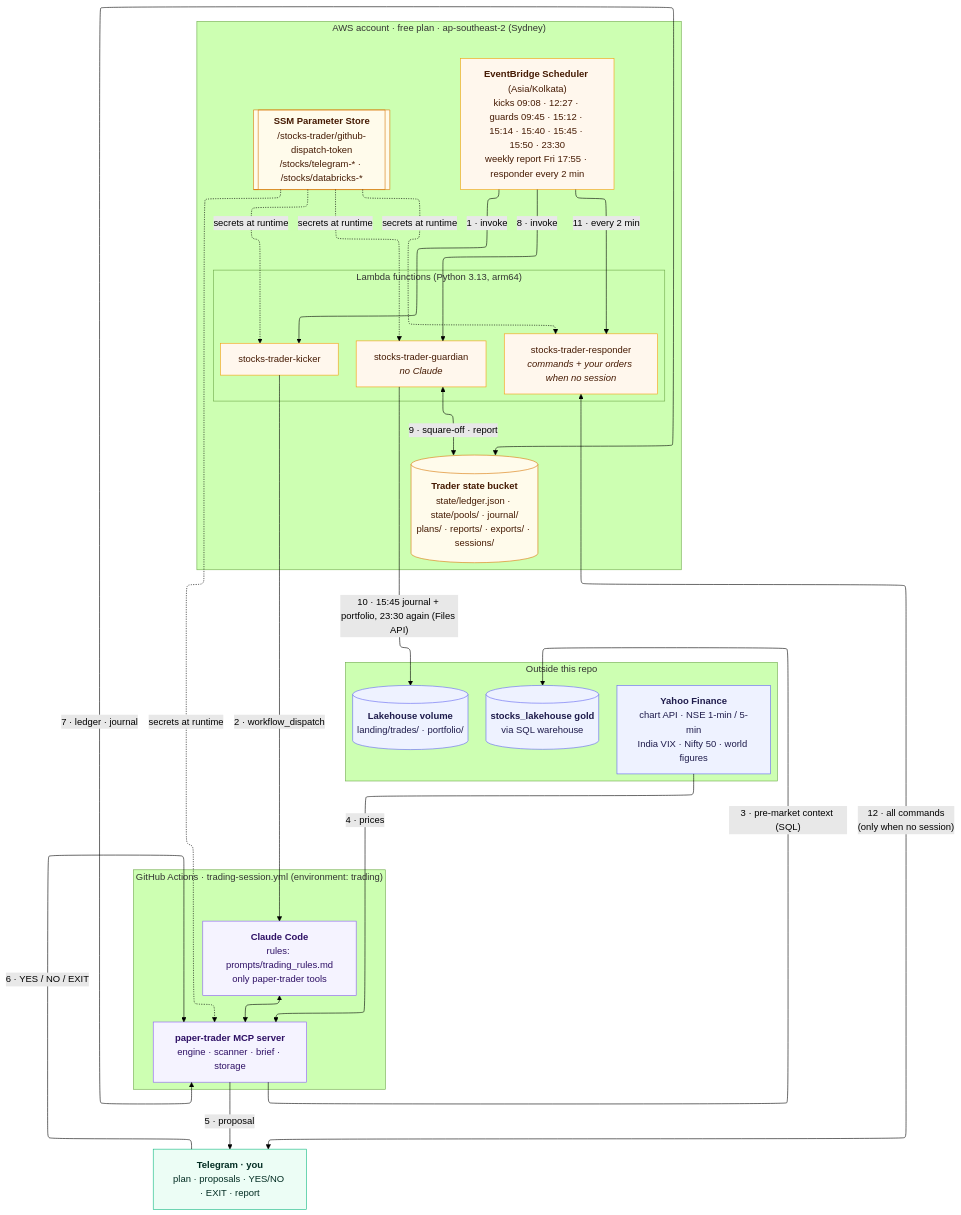
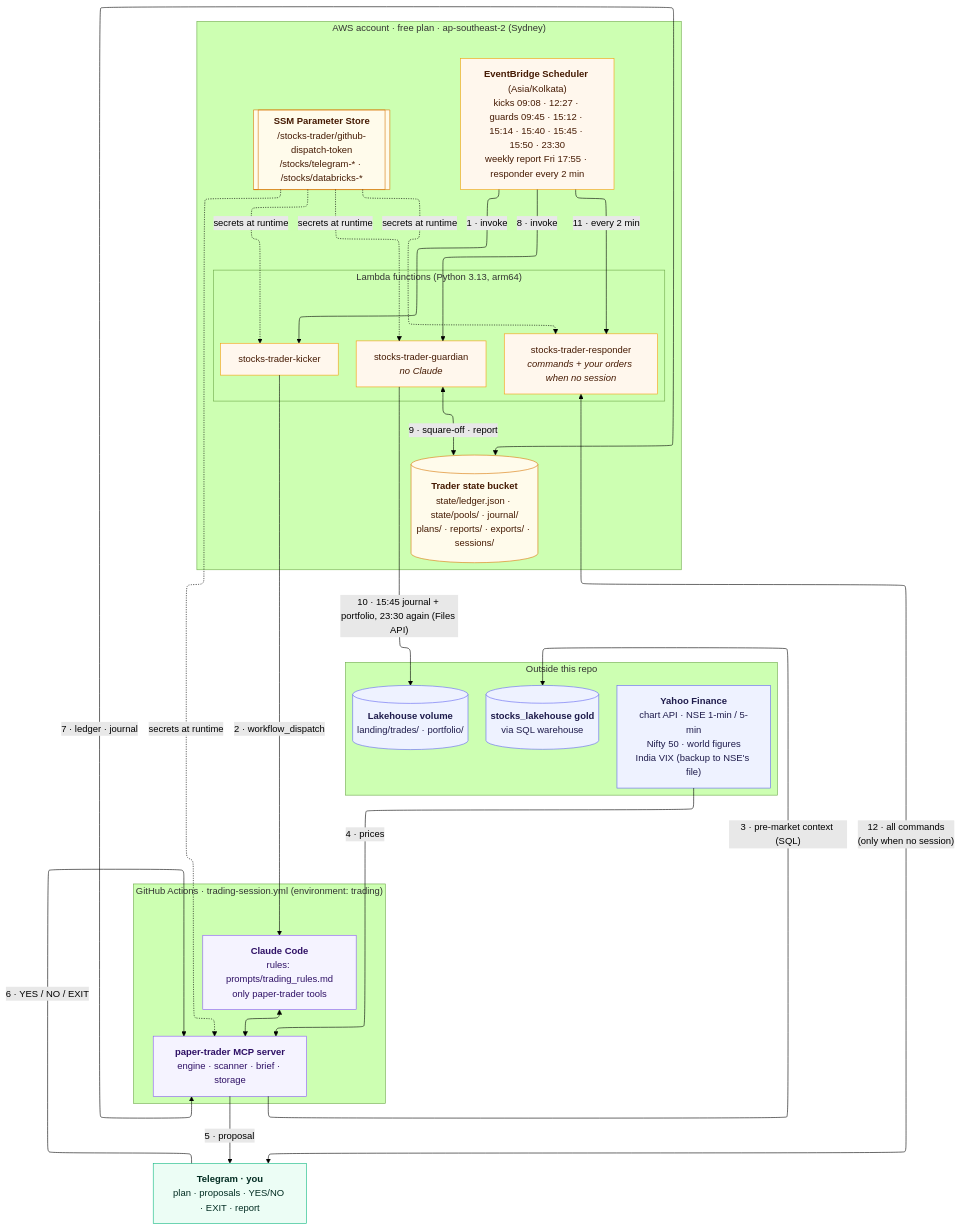
Before and after one commit to bumblebee26/paper-trader: the diagram in docs/diagrams/02_architecture.mmd, drawn with Mermaid (forest theme). The commit also changed 14 other files, not shown here.

First line of the commit message:
Docs: early exits on a real break, India VIX from NSE, new paper tests and the selector (#78)

```diff
--- a/docs/diagrams/02_architecture.mmd
+++ b/docs/diagrams/02_architecture.mmd
@@ -1,61 +1,61 @@
 ---
 config:
   layout: elk
   elk:
     mergeEdges: false
     nodePlacementStrategy: NETWORK_SIMPLEX
 ---
 flowchart TB
     subgraph EXT["Outside this repo"]
         direction LR
-        YF["<b>Yahoo Finance</b><br/>chart API · NSE 1-min / 5-min<br/>India VIX · Nifty 50 · world figures"]
+        YF["<b>Yahoo Finance</b><br/>chart API · NSE 1-min / 5-min<br/>Nifty 50 · world figures<br/>India VIX (backup to NSE's file)"]
         GOLD[("<b>stocks_lakehouse gold</b><br/>via SQL warehouse")]
         VOL[("<b>Lakehouse volume</b><br/>landing/trades/ · portfolio/")]
     end
 
     subgraph AWS["AWS account · free plan · ap-southeast-2 (Sydney)"]
         direction TB
         SCH["<b>EventBridge Scheduler</b> (Asia/Kolkata)<br/>kicks 09:08 · 12:27 · guards 09:45 · 15:12 · 15:14 · 15:40 · 15:45 · 15:50 · 23:30<br/>weekly report Fri 17:55 · responder every 2 min"]
         subgraph LAMBDAS["Lambda functions (Python 3.13, arm64)"]
             direction LR
             KICK["stocks-trader-kicker"]
             GUARD["stocks-trader-guardian<br/><i>no Claude</i>"]
             RESP["stocks-trader-responder<br/><i>commands + your orders when no session</i>"]
         end
         S3[("<b>Trader state bucket</b><br/>state/ledger.json · state/pools/ · journal/<br/>plans/ · reports/ · exports/ · sessions/")]
         SSM[["<b>SSM Parameter Store</b><br/>/stocks-trader/github-dispatch-token<br/>/stocks/telegram-* · /stocks/databricks-*"]]
     end
 
     subgraph GHA["GitHub Actions · trading-session.yml (environment: trading)"]
         direction LR
         CC["<b>Claude Code</b><br/>rules: prompts/trading_rules.md<br/>only paper-trader tools"]
         MCP["<b>paper-trader MCP server</b><br/>engine · scanner · brief · storage"]
         CC <--> MCP
     end
 
     TG["<b>Telegram · you</b><br/>plan · proposals · YES/NO · EXIT · report"]
 
     SCH -- "1 · invoke" --> KICK
     KICK -- "2 · workflow_dispatch" --> CC
     MCP -- "3 · pre-market context (SQL)" --> GOLD
     YF -- "4 · prices" --> MCP
     MCP -- "5 · proposal" --> TG
     TG -- "6 · YES / NO / EXIT" --> MCP
     MCP <-- "7 · ledger · journal" --> S3
     SCH -- "8 · invoke" --> GUARD
     GUARD <-- "9 · square-off · report" --> S3
     GUARD -- "10 · 15:45 journal + portfolio, 23:30 again (Files API)" --> VOL
     SCH -- "11 · every 2 min" --> RESP
     RESP <-- "12 · all commands<br/>(only when no session)" --> TG
     SSM -. "secrets at runtime" .-> KICK & GUARD & RESP & MCP
 
     classDef ext fill:#eef2ff,stroke:#6366f1,color:#1e1b4b
     classDef aws fill:#fff7ed,stroke:#f59e0b,color:#451a03
     classDef store fill:#fffbeb,stroke:#d97706,color:#451a03
     classDef trader fill:#f5f3ff,stroke:#8b5cf6,color:#2e1065
     classDef out fill:#ecfdf5,stroke:#10b981,color:#022c22
     class YF,GOLD,VOL ext
     class SCH,KICK,GUARD,RESP aws
     class S3,SSM store
     class CC,MCP trader
     class TG out
```
